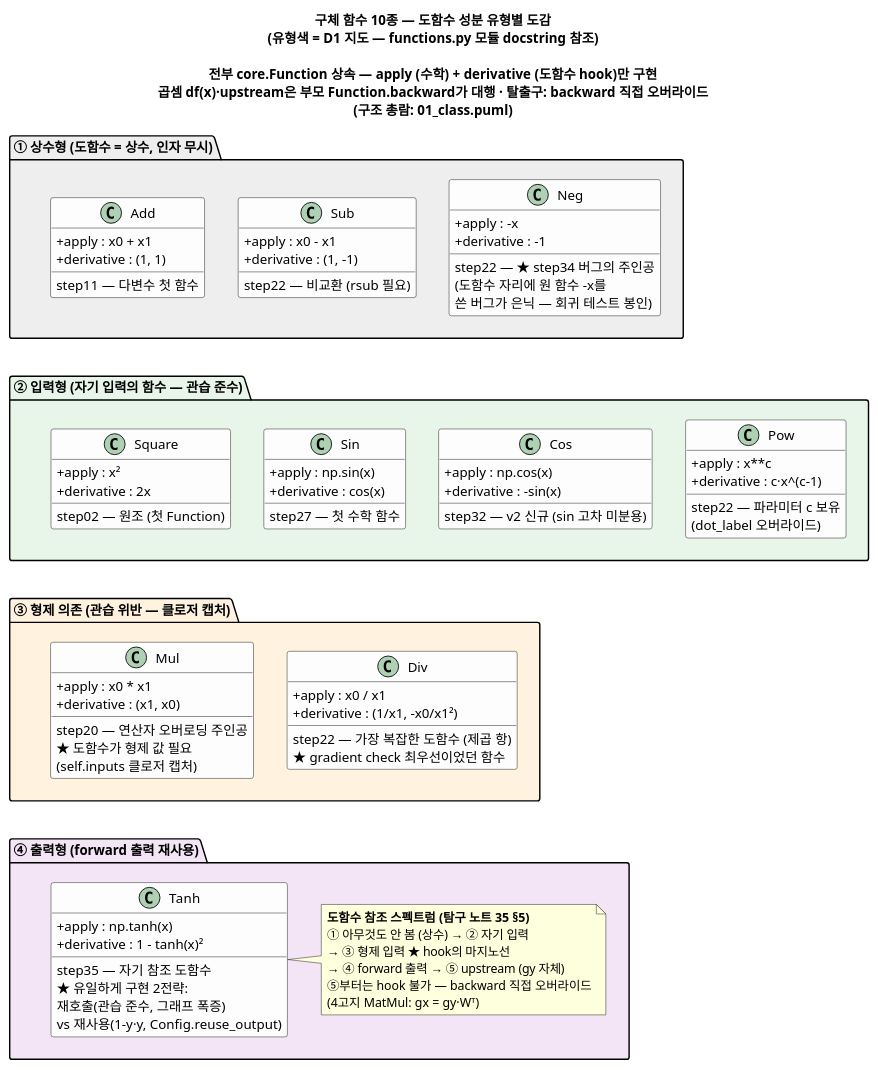
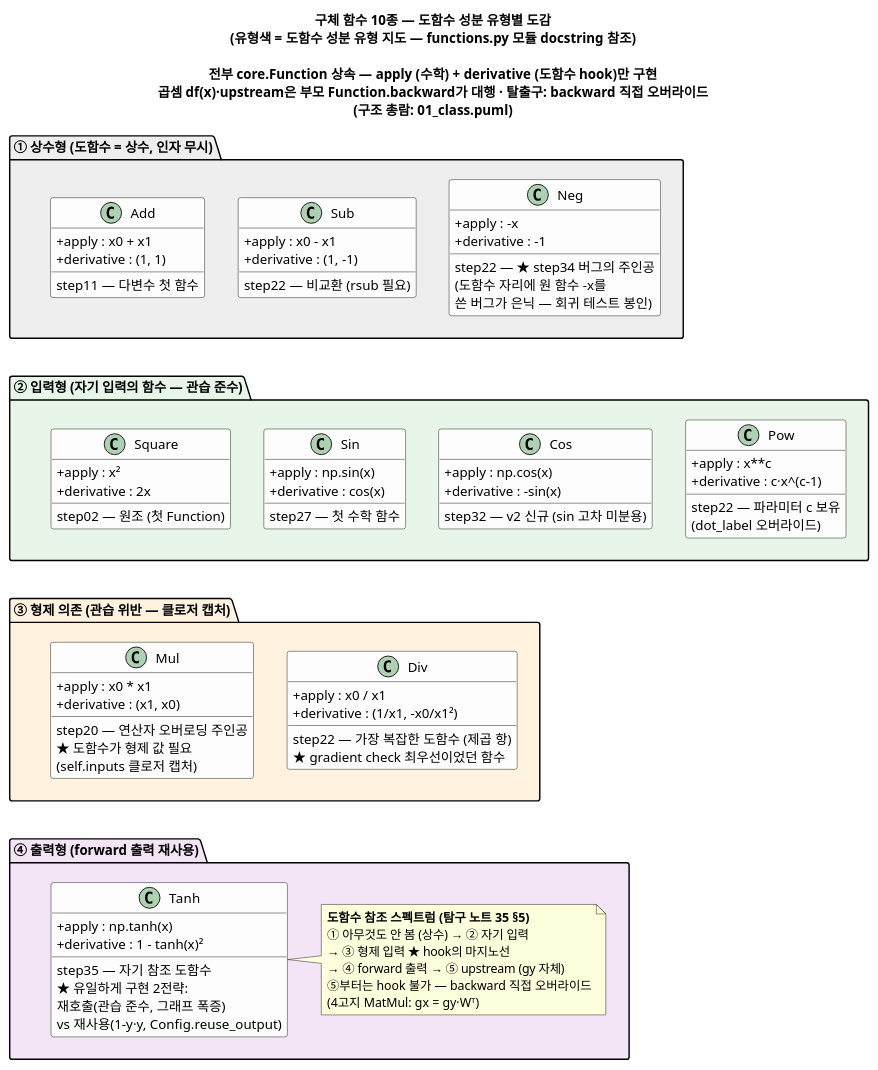
The diagram in notes/diagrams/v2/01-1_concrete_functions.puml (ghjang/deep-learning-from-scratch-3), drawn with PlantUML before and after one commit. The commit also changed 4 other files, not shown here.

```diff
--- a/notes/diagrams/v2/01-1_concrete_functions.puml
+++ b/notes/diagrams/v2/01-1_concrete_functions.puml
@@ -1,116 +1,116 @@
 @startuml 01-1_concrete_functions
-title 구체 함수 10종 — 도함수 성분 유형별 도감\n(유형색 = D1 지도 — functions.py 모듈 docstring 참조)\n\n<b>전부 core.Function 상속 — apply (수학) + derivative (도함수 hook)만 구현</b>\n곱셈 df(x)·upstream은 부모 Function.backward가 대행 · 탈출구: backward 직접 오버라이드\n(구조 총람: 01_class.puml)
+title 구체 함수 10종 — 도함수 성분 유형별 도감\n(유형색 = 도함수 성분 유형 지도 — functions.py 모듈 docstring 참조)\n\n<b>전부 core.Function 상속 — apply (수학) + derivative (도함수 hook)만 구현</b>\n곱셈 df(x)·upstream은 부모 Function.backward가 대행 · 탈출구: backward 직접 오버라이드\n(구조 총람: 01_class.puml)
 
 skinparam classAttributeIconSize 0
 skinparam shadowing false
 skinparam linetype ortho
 skinparam class {
   BackgroundColor #FDFDFD
   ArrowColor #444444
 }
 
 ' ===== ① 상수형 =====
 package "① 상수형 (도함수 = 상수, 인자 무시)" as PConst #EEEEEE {
   class Add {
     + apply : x0 + x1
     + derivative : (1, 1)
     __
     step11 — 다변수 첫 함수
   }
   class Sub {
     + apply : x0 - x1
     + derivative : (1, -1)
     __
     step22 — 비교환 (rsub 필요)
   }
   class Neg {
     + apply : -x
     + derivative : -1
     __
     step22 — ★ step34 버그의 주인공
     (도함수 자리에 원 함수 -x를
     쓴 버그가 은닉 — 회귀 테스트 봉인)
   }
   Add -[hidden]right- Sub
   Sub -[hidden]right- Neg
 }
 
 ' ===== ② 입력형 =====
 package "② 입력형 (자기 입력의 함수 — 관습 준수)" as PInput #E8F5E9 {
   class Square {
     + apply : x²
     + derivative : 2x
     __
     step02 — 원조 (첫 Function)
   }
   class Sin {
     + apply : np.sin(x)
     + derivative : cos(x)
     __
     step27 — 첫 수학 함수
   }
   class Cos {
     + apply : np.cos(x)
     + derivative : -sin(x)
     __
     step32 — v2 신규 (sin 고차 미분용)
   }
   class Pow {
     + apply : x**c
     + derivative : c·x^(c-1)
     __
     step22 — 파라미터 c 보유
     (dot_label 오버라이드)
   }
   Square -[hidden]right- Sin
   Sin -[hidden]right- Cos
   Cos -[hidden]right- Pow
 }
 
 ' ===== ③ 형제 의존 =====
 package "③ 형제 의존 (관습 위반 — 클로저 캡처)" as PSibl #FFF3E0 {
   class Mul {
     + apply : x0 * x1
     + derivative : (x1, x0)
     __
     step20 — 연산자 오버로딩 주인공
     ★ 도함수가 형제 값 필요
     (self.inputs 클로저 캡처)
   }
   class Div {
     + apply : x0 / x1
     + derivative : (1/x1, -x0/x1²)
     __
     step22 — 가장 복잡한 도함수 (제곱 항)
     ★ gradient check 최우선이었던 함수
   }
   Mul -[hidden]right- Div
 }
 
 ' ===== ④ 출력형 =====
 package "④ 출력형 (forward 출력 재사용)" as POut #F3E5F5 {
   class Tanh {
     + apply : np.tanh(x)
     + derivative : 1 - tanh(x)²
     __
     step35 — 자기 참조 도함수
     ★ 유일하게 구현 2전략:
     재호출(관습 준수, 그래프 폭증)
     vs 재사용(1-y·y, Config.reuse_output)
   }
 
   note right of Tanh
     <b>도함수 참조 스펙트럼 (탐구 노트 35 §5)</b>
     ① 아무것도 안 봄 (상수) → ② 자기 입력
     → ③ 형제 입력 ★ hook의 마지노선
     → ④ forward 출력 → ⑤ upstream (gy 자체)
     ⑤부터는 hook 불가 — backward 직접 오버라이드
     (4고지 MatMul: gx = gy·Wᵀ)
   end note
 }
 
 ' ===== 세로 순서 고정: ① → ② → ③ → ④ =====
 PInput -[hidden]up- PConst
 PSibl -[hidden]up- PInput
 POut -[hidden]up- PSibl
 @enduml
```
